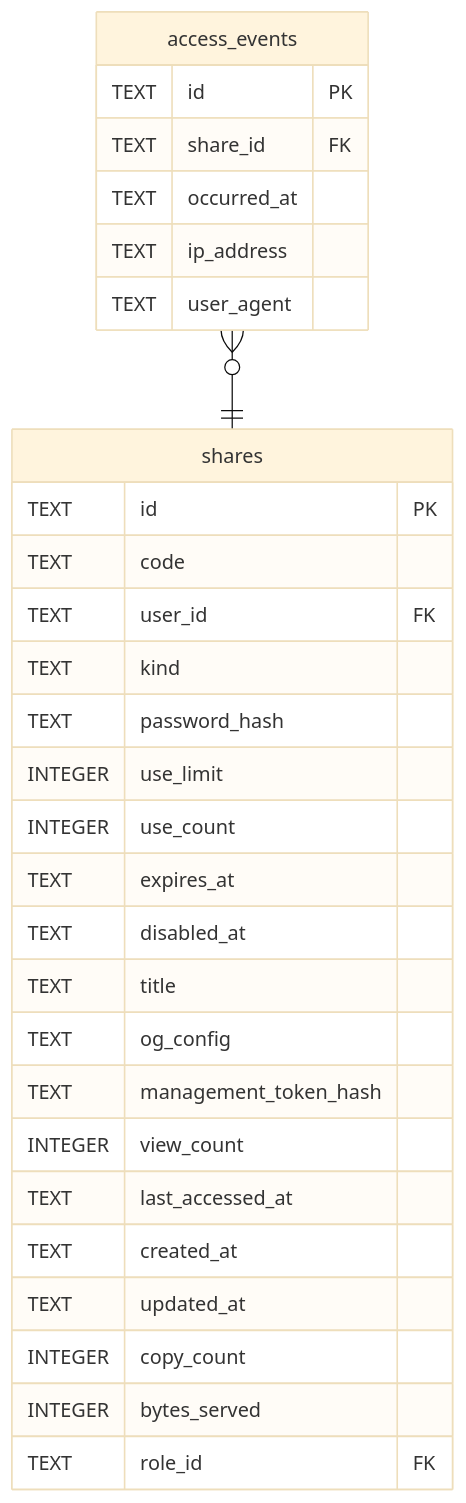
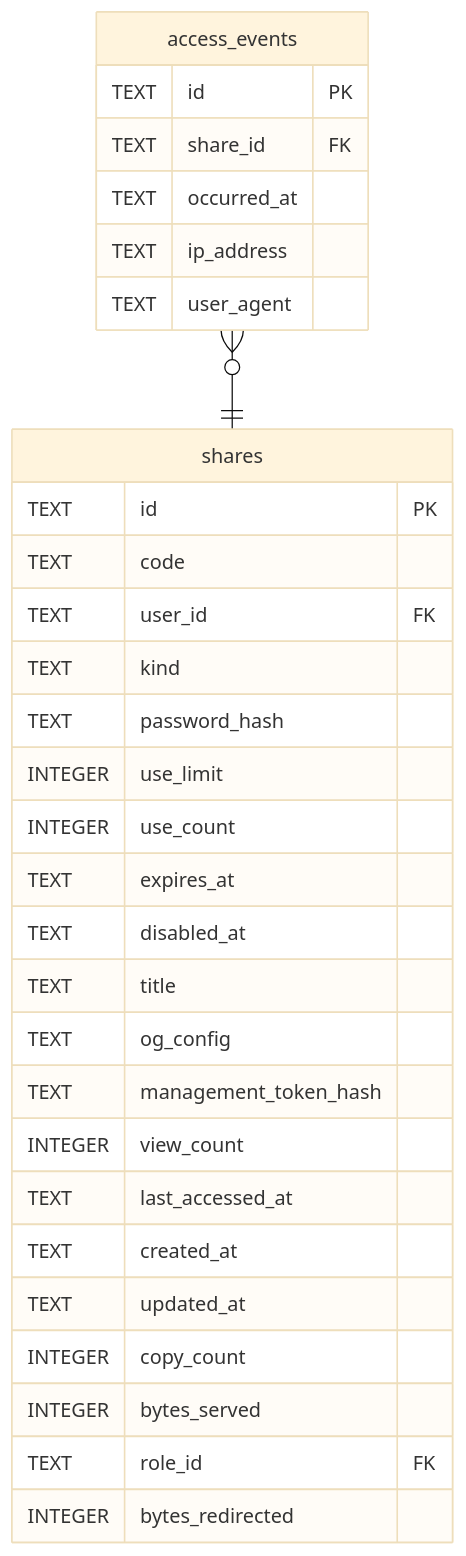
One commit to Limatura/tessera changed the diagram in docs/schema/access_events.md. Above: the diagram before and after it, drawn with Mermaid (base theme). The commit also changed 43 other files, not shown here.

````diff
--- a/docs/schema/access_events.md
+++ b/docs/schema/access_events.md
@@ -51,34 +51,35 @@
 ```mermaid
 erDiagram
 
 "access_events" }o--|| "shares" : ""
 
 "access_events" {
   TEXT id PK
   TEXT share_id FK
   TEXT occurred_at
   TEXT ip_address
   TEXT user_agent
 }
 "shares" {
   TEXT id PK
   TEXT code
   TEXT user_id FK
   TEXT kind
   TEXT password_hash
   INTEGER use_limit
   INTEGER use_count
   TEXT expires_at
   TEXT disabled_at
   TEXT title
   TEXT og_config
   TEXT management_token_hash
   INTEGER view_count
   TEXT last_accessed_at
   TEXT created_at
   TEXT updated_at
   INTEGER copy_count
   INTEGER bytes_served
   TEXT role_id FK
+  INTEGER bytes_redirected
 }
 ```
````
